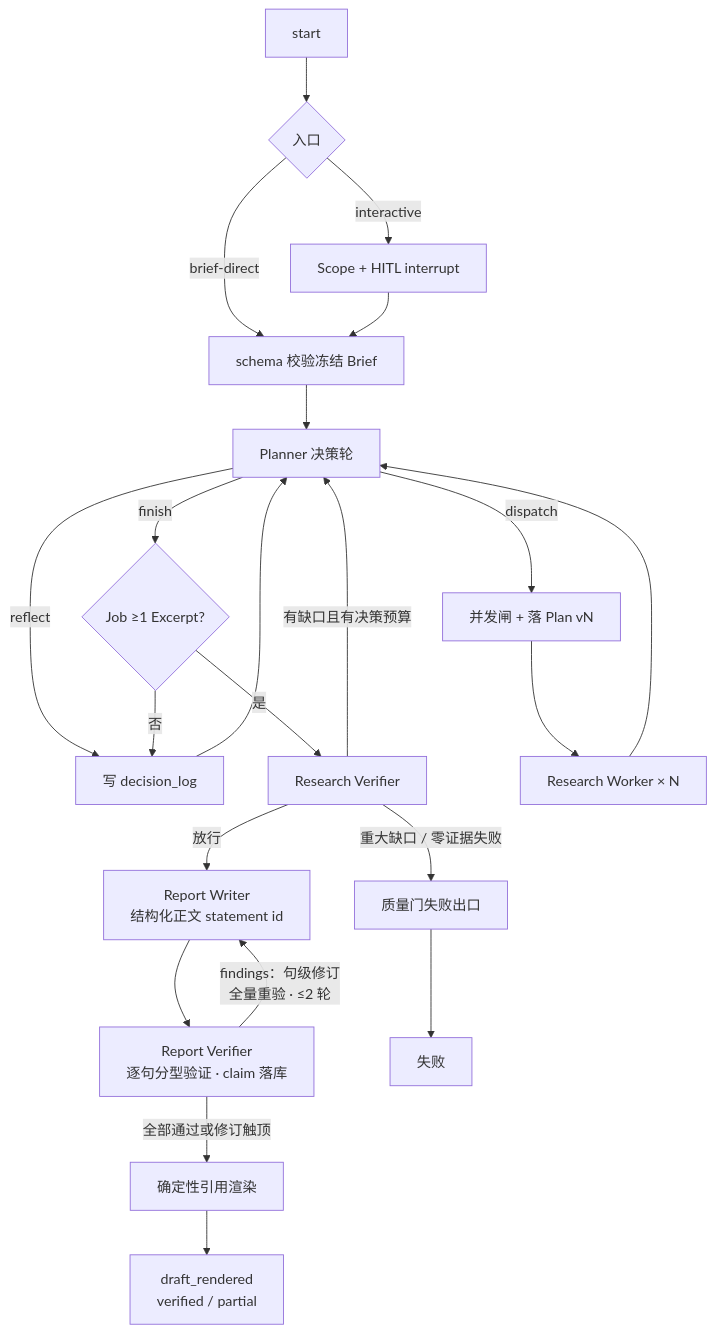
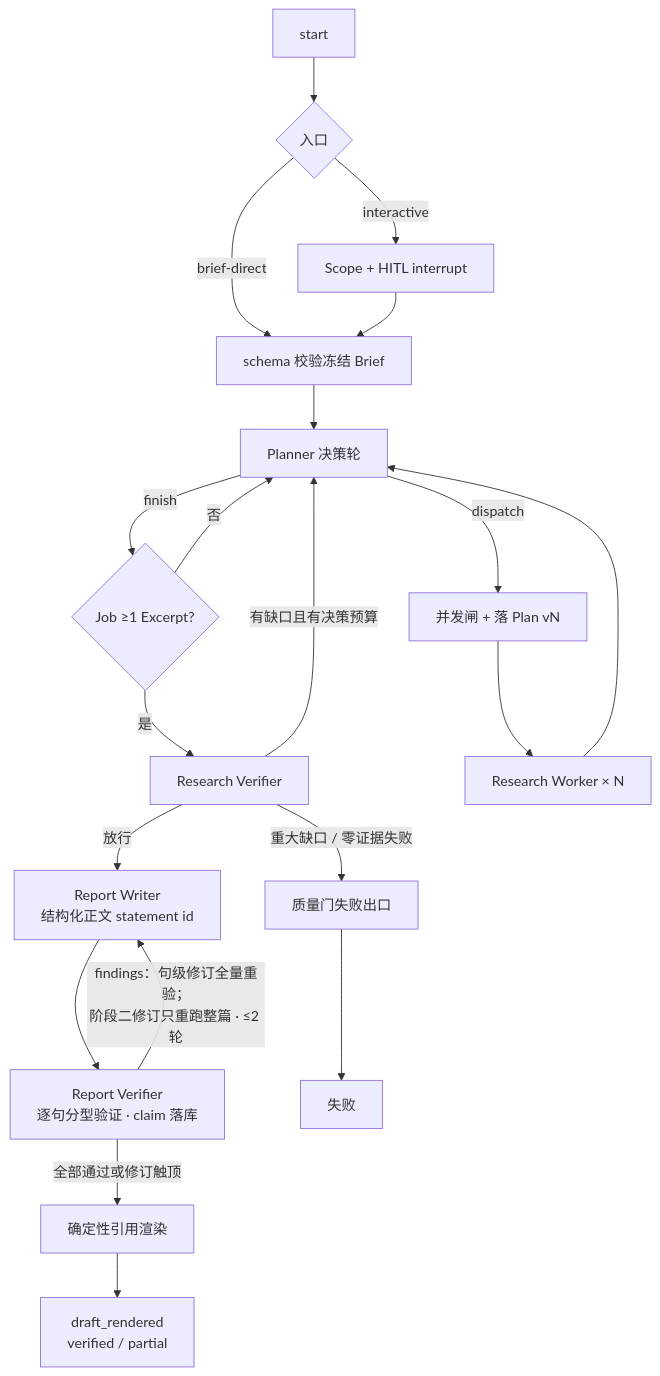
Before and after one commit to ecaps7/Prospector: the diagram in docs/implementations/m1.md, drawn with Mermaid. The commit also changed other lines of this file and 4 other files, not shown here.

Commit message:
docs: sync design and roadmap with the stage-free plan and report review

````diff
--- a/docs/implementations/m1.md
+++ b/docs/implementations/m1.md
@@ -293,24 +297,22 @@
 ```mermaid
 flowchart TD
   start[start] --> scope{入口}
   scope -->|interactive| scopeAgent[Scope + HITL interrupt]
   scope -->|brief-direct| freeze[schema 校验冻结 Brief]
   scopeAgent --> freeze
   freeze --> planner[Planner 决策轮]
   planner -->|dispatch| sched[并发闸 + 落 Plan vN]
-  planner -->|reflect| dlog[写 decision_log]
   planner -->|finish| emptyGuard{Job ≥1 Excerpt?}
-  emptyGuard -->|否| dlog
+  emptyGuard -->|否| planner
   emptyGuard -->|是| verifier[Research Verifier]
-  dlog --> planner
   sched --> workers[Research Worker × N]
   workers --> planner
   verifier -->|有缺口且有决策预算| planner
   verifier -->|放行| writer[Report Writer<br/>结构化正文 statement id]
   verifier -->|重大缺口 / 零证据失败| failGate[质量门失败出口]
   writer --> rver[Report Verifier<br/>逐句分型验证 · claim 落库]
-  rver -->|findings：句级修订<br/>全量重验 · ≤2 轮| writer
+  rver -->|findings：句级修订全量重验；<br/>阶段二修订只重跑整篇 · ≤2 轮| writer
   rver -->|全部通过或修订触顶| render[确定性引用渲染]
   render --> done[draft_rendered<br/>verified / partial]
   failGate --> failed[失败]
 ```
````
